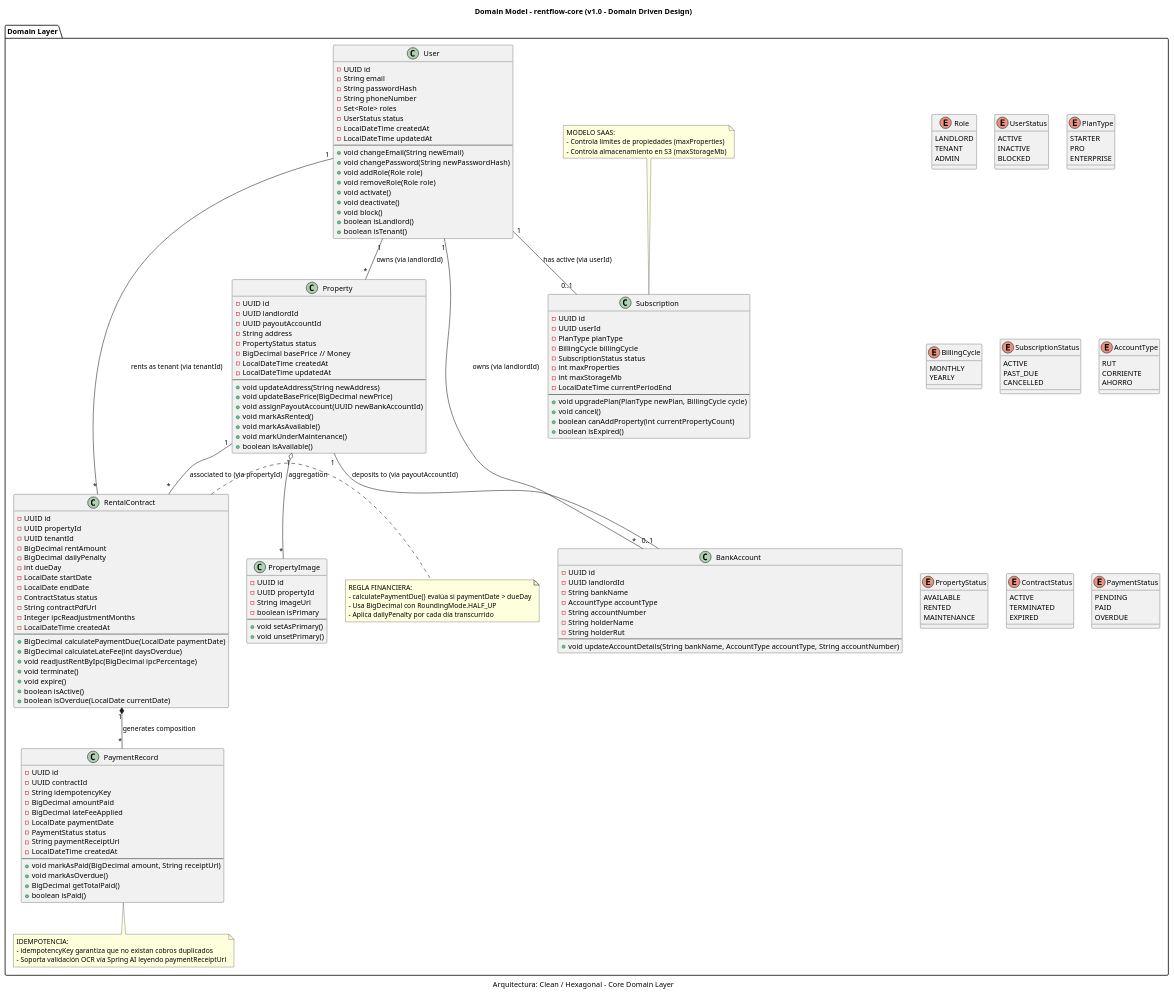
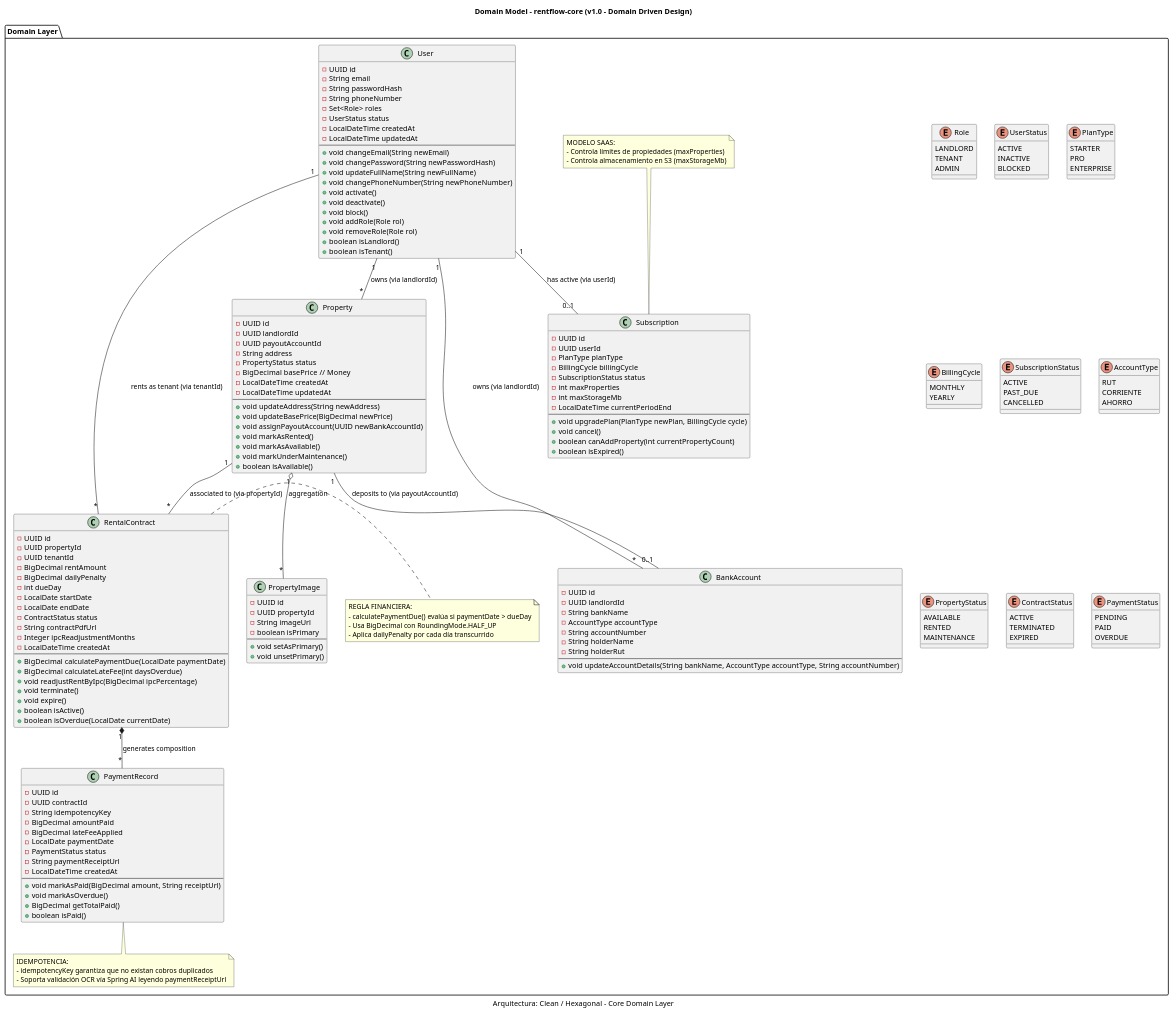
Before and after one commit to marcobustosblas/rentflow-core: the diagram in docs/domain-model.puml, drawn with PlantUML. The commit also changed 2 other files, not shown here.

Commit message:
feat(domain): enrich User aggregate with status management and role methods

```diff
--- a/docs/domain-model.puml
+++ b/docs/domain-model.puml
@@ -78,11 +78,13 @@
         ---
         + void changeEmail(String newEmail)
         + void changePassword(String newPasswordHash)
-        + void addRole(Role role)
-        + void removeRole(Role role)
+        + void updateFullName(String newFullName)
+        + void changePhoneNumber(String newPhoneNumber)
         + void activate()
         + void deactivate()
         + void block()
+        + void addRole(Role rol)
+        + void removeRole(Role rol)
         + boolean isLandlord()
         + boolean isTenant()
     }
```
